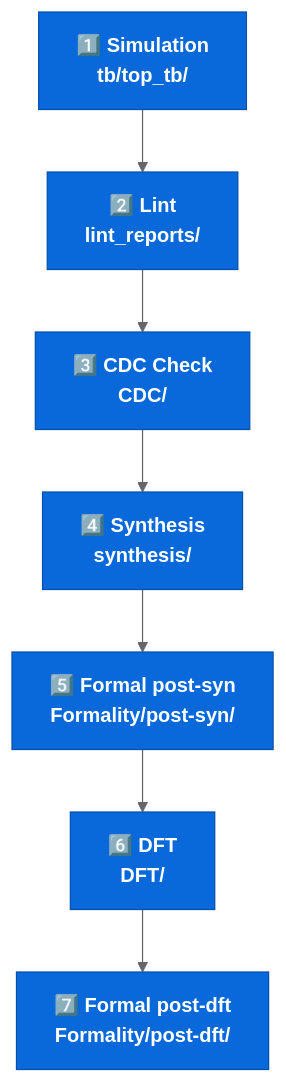
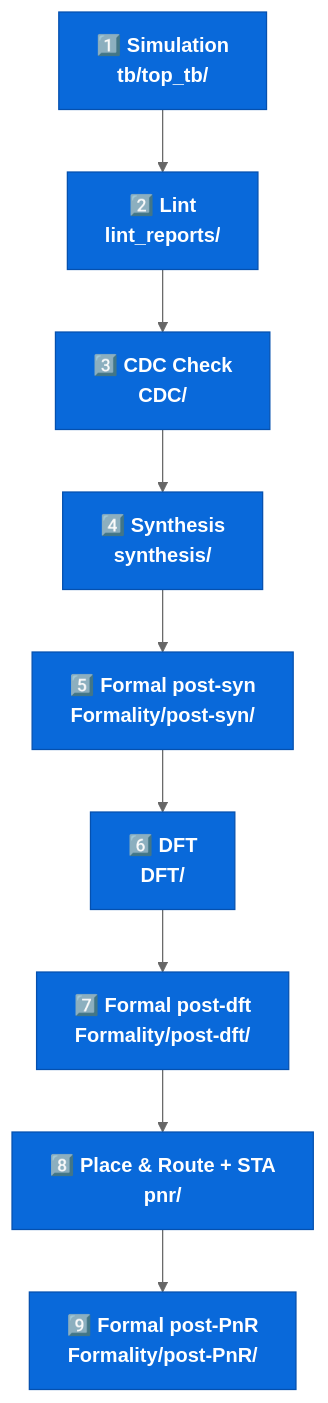
Before and after one commit to ebrahimedress05/Dual-Clock-UART-ALU-SoC: the second of 3 diagrams in README.md, drawn with Mermaid (neutral theme). The commit also changed other lines of this file and 115 other files, not shown here.

First line of the commit message:
pnr: complete place & route, STA and formal verification; finalize README

````diff
--- a/README.md
+++ b/README.md
@@ -106,12 +113,14 @@
 ```mermaid
 flowchart TD
     S1["1️⃣ Simulation<br/>tb/top_tb/"] --> S2["2️⃣ Lint<br/>lint_reports/"]
     S2 --> S3["3️⃣ CDC Check<br/>CDC/"]
     S3 --> S4["4️⃣ Synthesis<br/>synthesis/"]
     S4 --> S5["5️⃣ Formal post-syn<br/>Formality/post-syn/"]
     S5 --> S6["6️⃣ DFT<br/>DFT/"]
     S6 --> S7["7️⃣ Formal post-dft<br/>Formality/post-dft/"]
+    S7 --> S8["8️⃣ Place & Route + STA<br/>pnr/"]
+    S8 --> S9["9️⃣ Formal post-PnR<br/>Formality/post-PnR/"]
 
     classDef step fill:#0969da,stroke:#0550ae,color:#fff,font-weight:bold;
-    class S1,S2,S3,S4,S5,S6,S7 step;
+    class S1,S2,S3,S4,S5,S6,S7,S8,S9 step;
 ```
````
